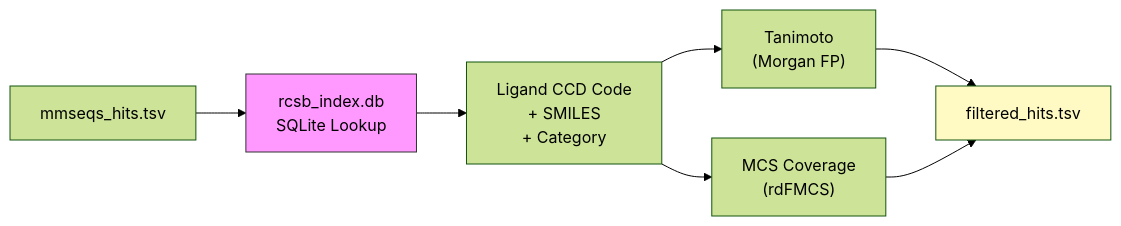
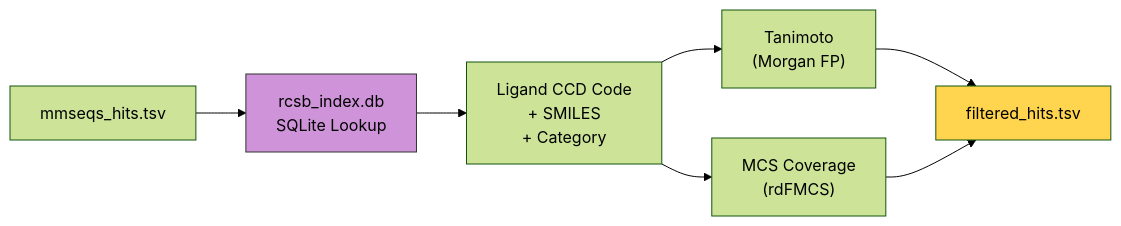
Before and after one commit to eightmm/mosaic-pl: the third of 17 diagrams in docs/pipeline.md, drawn with Mermaid (forest theme). The commit also changed other lines of this file, not shown here.

````diff
--- a/docs/pipeline.md
+++ b/docs/pipeline.md
@@ -72,10 +72,10 @@
 ```mermaid
 flowchart LR
     A["mmseqs_hits.tsv"] --> B["rcsb_index.db\nSQLite Lookup"]
     B --> C["Ligand CCD Code\n+ SMILES\n+ Category"]
     C --> D["Tanimoto\n(Morgan FP)"]
     C --> E["MCS Coverage\n(rdFMCS)"]
     D & E --> F["filtered_hits.tsv"]
-    style B fill:#f9f,stroke:#333
-    style F fill:#fff9c4
+    style B fill:#ce93d8,stroke:#333,color:#000
+    style F fill:#ffd54f,color:#000
 ```
````
